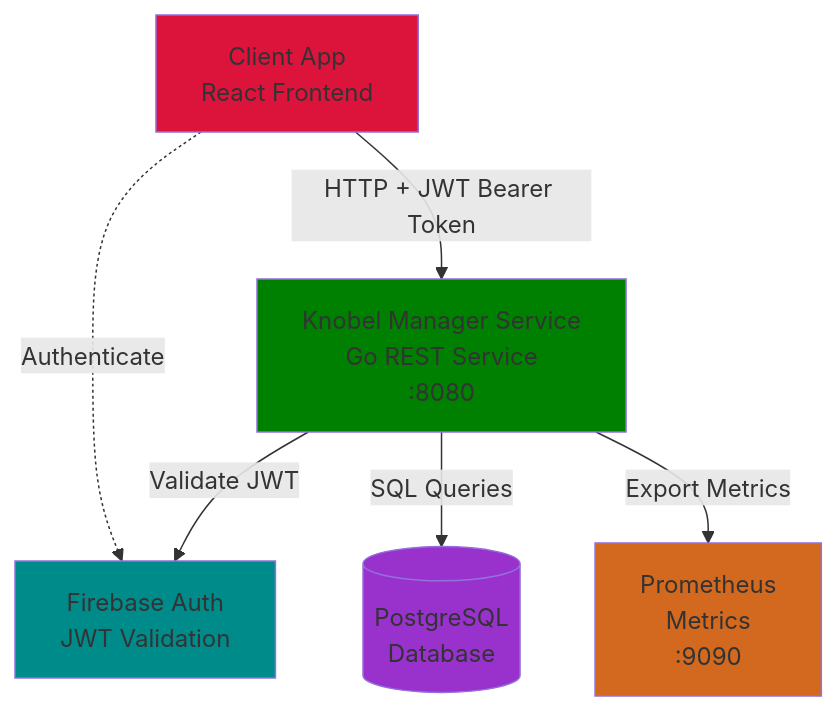
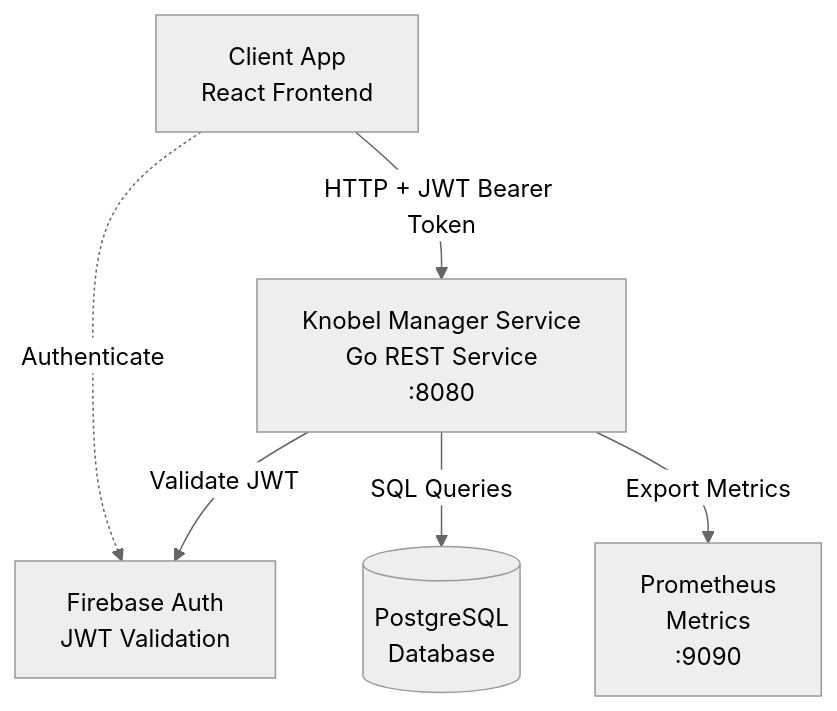
Before and after one commit to henok321/knobel-manager-service: the diagram in README.md, drawn with Mermaid.

Commit message:
docs: mermaid theme

````diff
--- a/README.md
+++ b/README.md
@@ -16,18 +16,17 @@
 ```mermaid
+---
+config:
+    theme: neutral
+---
 graph TB
     Client[Client App<br/>React Frontend]
     API[Knobel Manager Service<br/>Go REST Service<br/>:8080]
     DB[(PostgreSQL<br/>Database)]
     Firebase[Firebase Auth<br/>JWT Validation]
     Metrics[Prometheus<br/>Metrics<br/>:9090]
     Client -->|HTTP + JWT Bearer Token| API
     Client -.->|Authenticate| Firebase
     API -->|Validate JWT| Firebase
     API -->|SQL Queries| DB
     API -->|Export Metrics| Metrics
-    style API fill: green
-    style DB fill: darkorchid
-    style Firebase fill: darkcyan
-    style Client fill: crimson
-    style Metrics fill: chocolate
 ```
````
